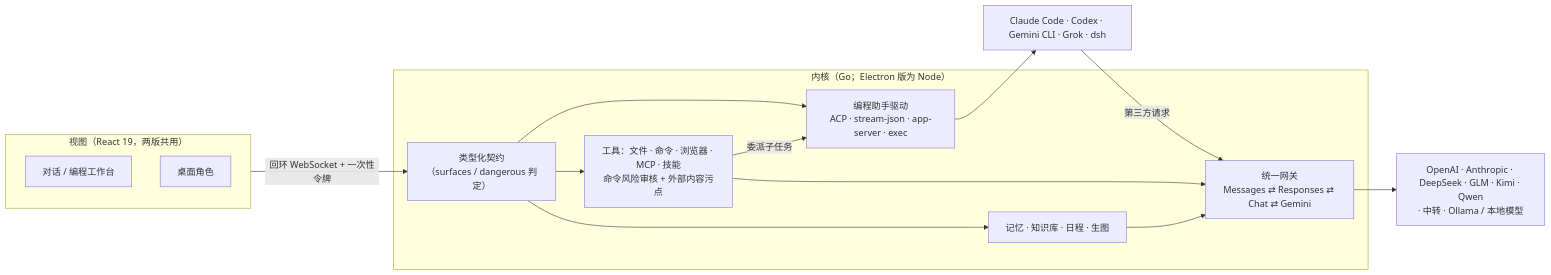
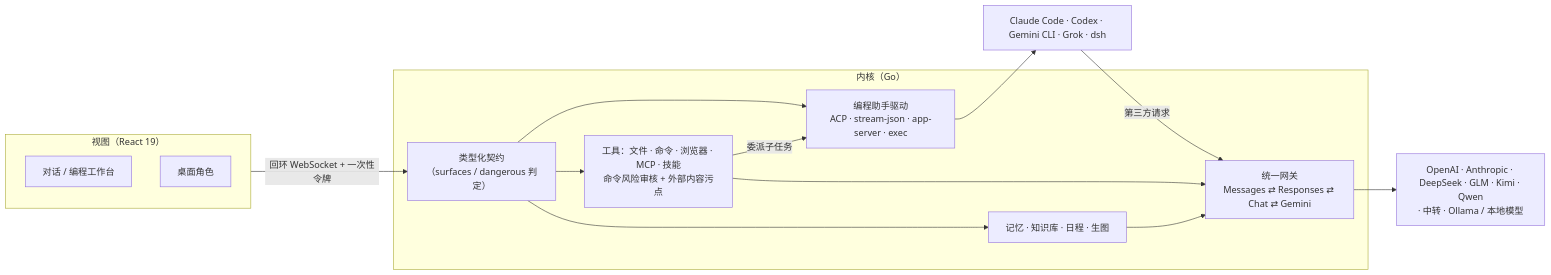
Before and after one commit to Cookieboty/nomi-ai: the diagram in README.md, drawn with Mermaid. The commit also changed other lines of this file and 102 other files, not shown here.

````diff
--- a/README.md
+++ b/README.md
@@ -77,23 +79,23 @@
 ```mermaid
 flowchart LR
-  subgraph View["视图（React 19，两版共用）"]
+  subgraph View["视图（React 19）"]
     Chat["对话 / 编程工作台"]
     Mascot["桌面角色"]
   end
-  subgraph Core["内核（Go；Electron 版为 Node）"]
+  subgraph Core["内核（Go）"]
     Contract["类型化契约<br/>（surfaces / dangerous 判定）"]
     Agents["编程助手驱动<br/>ACP · stream-json · app-server · exec"]
     Tools["工具：文件 · 命令 · 浏览器 · MCP · 技能<br/>命令风险审核 + 外部内容污点"]
     Mem["记忆 · 知识库 · 日程 · 生图"]
     GW["统一网关<br/>Messages ⇄ Responses ⇄ Chat ⇄ Gemini"]
   end
   CLI["Claude Code · Codex · Gemini CLI · Grok · dsh"]
   Up["OpenAI · Anthropic · DeepSeek · GLM · Kimi · Qwen<br/>· 中转 · Ollama / 本地模型"]
   View -- "回环 WebSocket + 一次性令牌" --> Contract
   Contract --> Agents & Tools & Mem
   Agents --> CLI
   CLI -- "第三方请求" --> GW
   Tools -- "委派子任务" --> Agents
   Tools & Mem --> GW
   GW --> Up
 ```
````
